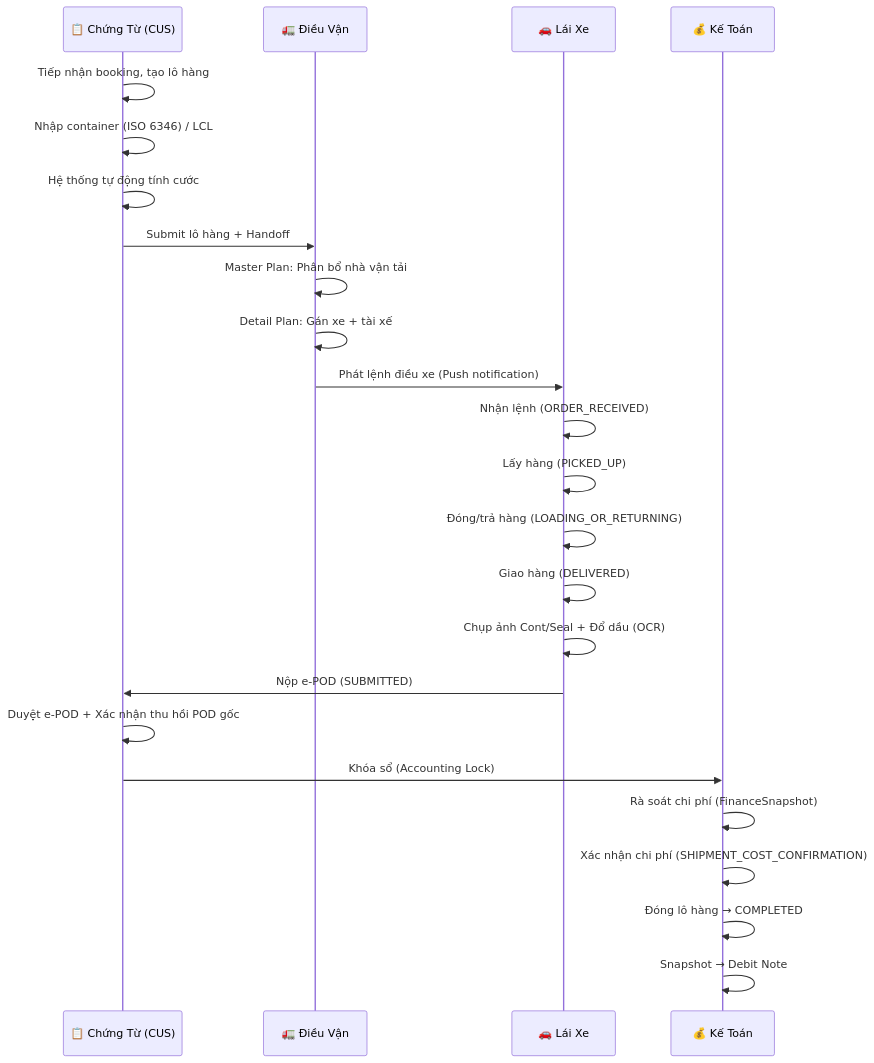
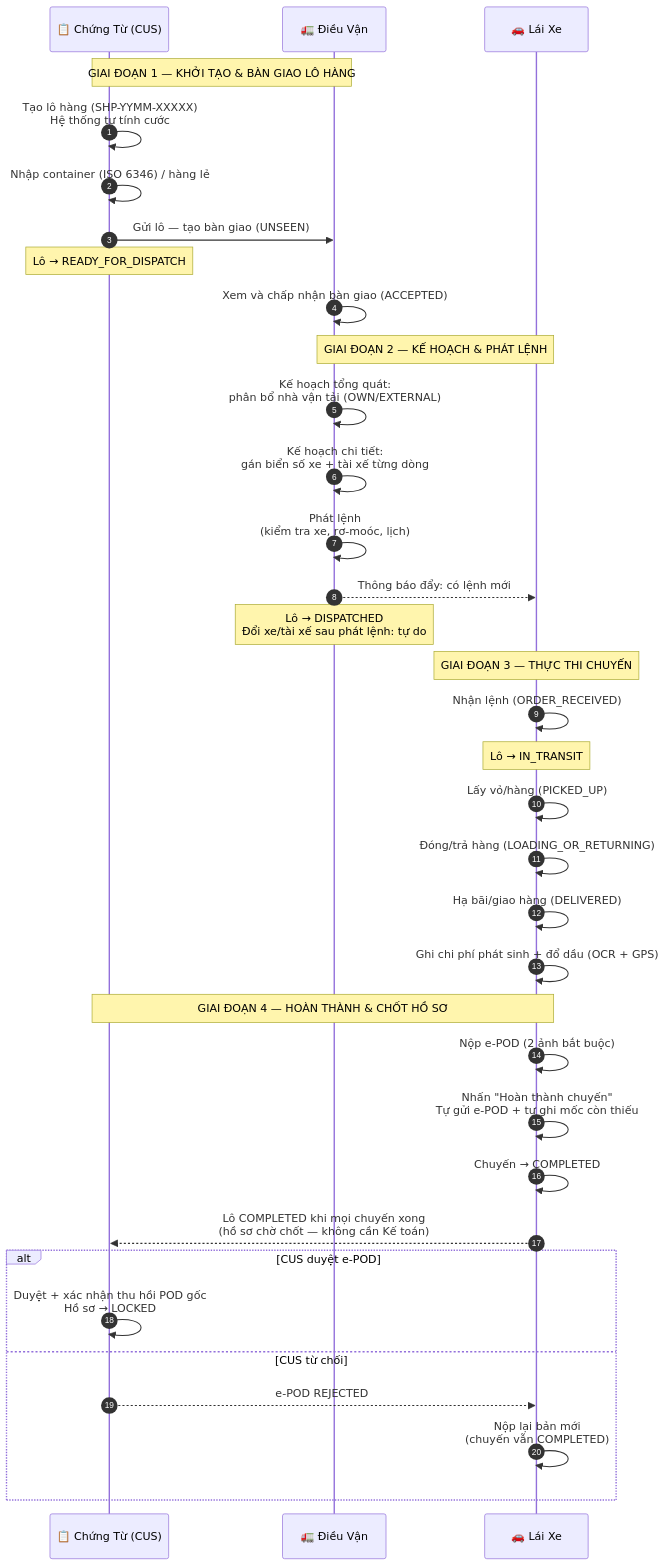
Before and after one commit to 4rankng/silversea: the first of 7 diagrams in docs/prd/quy-trinh-cus-dieuvan-laixe.md, drawn with Mermaid. The commit also changed other lines of this file, not shown here.

Commit message:
docs(prd): O2C — lái xe tự đóng chuyến, sơ đồ tương tác tổng quan, thuần tiếng Việt

````diff
--- a/docs/prd/quy-trinh-cus-dieuvan-laixe.md
+++ b/docs/prd/quy-trinh-cus-dieuvan-laixe.md
@@ -9,31 +11,41 @@
 ```mermaid
 sequenceDiagram
+    autonumber
     participant CT as 📋 Chứng Từ (CUS)
     participant DV as 🚛 Điều Vận
     participant LX as 🚗 Lái Xe
-    participant KT as 💰 Kế Toán
 
-    CT->>CT: Tiếp nhận booking, tạo lô hàng
-    CT->>CT: Nhập container (ISO 6346) / LCL
-    CT->>CT: Hệ thống tự động tính cước
-    CT->>DV: Submit lô hàng + Handoff
+    Note over CT,DV: GIAI ĐOẠN 1 — KHỞI TẠO & BÀN GIAO LÔ HÀNG
+    CT->>CT: Tạo lô hàng (SHP-YYMM-XXXXX)<br/>Hệ thống tự tính cước
+    CT->>CT: Nhập container (ISO 6346) / hàng lẻ
+    CT->>DV: Gửi lô — tạo bàn giao (UNSEEN)
+    Note over CT: Lô → READY_FOR_DISPATCH
+    DV->>DV: Xem và chấp nhận bàn giao (ACCEPTED)
 
-    DV->>DV: Master Plan: Phân bổ nhà vận tải
-    DV->>DV: Detail Plan: Gán xe + tài xế
-    DV->>LX: Phát lệnh điều xe (Push notification)
+    Note over DV,LX: GIAI ĐOẠN 2 — KẾ HOẠCH & PHÁT LỆNH
+    DV->>DV: Kế hoạch tổng quát:<br/>phân bổ nhà vận tải (OWN/EXTERNAL)
+    DV->>DV: Kế hoạch chi tiết:<br/>gán biển số xe + tài xế từng dòng
+    DV->>DV: Phát lệnh<br/>(kiểm tra xe, rơ-moóc, lịch)
+    DV-->>LX: Thông báo đẩy: có lệnh mới
+    Note over DV: Lô → DISPATCHED<br/>Đổi xe/tài xế sau phát lệnh: tự do
 
+    Note over LX: GIAI ĐOẠN 3 — THỰC THI CHUYẾN
     LX->>LX: Nhận lệnh (ORDER_RECEIVED)
-    LX->>LX: Lấy hàng (PICKED_UP)
+    Note over LX: Lô → IN_TRANSIT
+    LX->>LX: Lấy vỏ/hàng (PICKED_UP)
     LX->>LX: Đóng/trả hàng (LOADING_OR_RETURNING)
-    LX->>LX: Giao hàng (DELIVERED)
-    LX->>LX: Chụp ảnh Cont/Seal + Đổ dầu (OCR)
-    LX->>CT: Nộp e-POD (SUBMITTED)
+    LX->>LX: Hạ bãi/giao hàng (DELIVERED)
+    LX->>LX: Ghi chi phí phát sinh + đổ dầu (OCR + GPS)
 
-    CT->>CT: Duyệt e-POD + Xác nhận thu hồi POD gốc
-    CT->>KT: Khóa sổ (Accounting Lock)
-
-    KT->>KT: Rà soát chi phí (FinanceSnapshot)
-    KT->>KT: Xác nhận chi phí (SHIPMENT_COST_CONFIRMATION)
-    KT->>KT: Đóng lô hàng → COMPLETED
-    KT->>KT: Snapshot → Debit Note
+    Note over LX,CT: GIAI ĐOẠN 4 — HOÀN THÀNH & CHỐT HỒ SƠ
+    LX->>LX: Nộp e-POD (2 ảnh bắt buộc)
+    LX->>LX: Nhấn "Hoàn thành chuyến"<br/>Tự gửi e-POD + tự ghi mốc còn thiếu
+    LX->>LX: Chuyến → COMPLETED
+    LX-->>CT: Lô COMPLETED khi mọi chuyến xong<br/>(hồ sơ chờ chốt — không cần Kế toán)
+    alt CUS duyệt e-POD
+        CT->>CT: Duyệt + xác nhận thu hồi POD gốc<br/>Hồ sơ → LOCKED
+    else CUS từ chối
+        CT-->>LX: e-POD REJECTED
+        LX->>LX: Nộp lại bản mới<br/>(chuyến vẫn COMPLETED)
+    end
 ```
````
